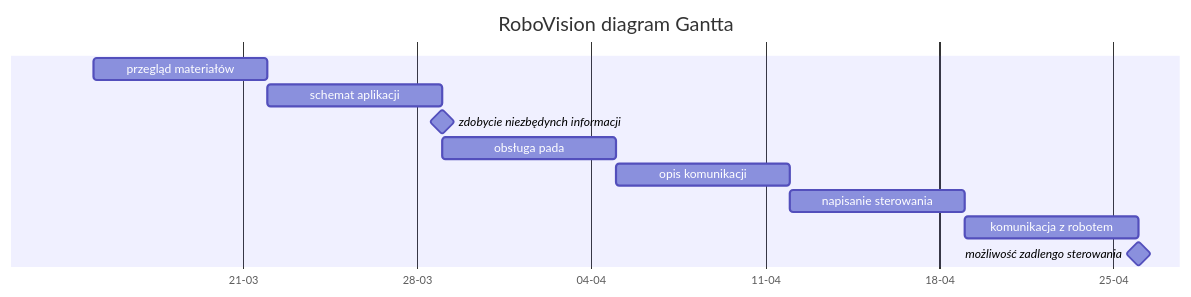
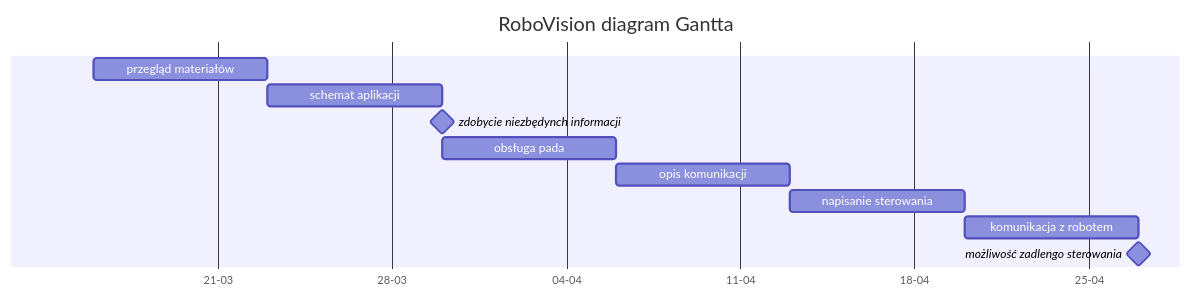
One commit to mbober1/RoboVision changed the diagram in doc/gantt.mmd. Above: the diagram before and after it, drawn with Mermaid. The commit also changed 6 other files, not shown here.

Commit message:
gantt update

```diff
--- a/doc/gantt.mmd
+++ b/doc/gantt.mmd
@@ -1,13 +1,13 @@
 gantt
     title RoboVision diagram Gantta
     dateFormat  YYYY-MM-DD
     todayMarker off
     axisFormat %d-%m
-    przegląd materiałów                 :a1, 2021-03-15, 7d
+    przegląd materiałów                 :a1, 2021-03-16, 7d
     schemat aplikacji                   :a2, after a1, 7d
     zdobycie niezbędynch informacji     :milestone, m1
     obsługa pada                        :a3, after a2, 7d
     opis komunikacji                    :a4, after a3, 7d
     napisanie sterowania                :a5, after a4, 7d
     komunikacja z robotem               :a6, after a5, 7d
     możliwość zadlengo sterowania       :milestone, m3
```
